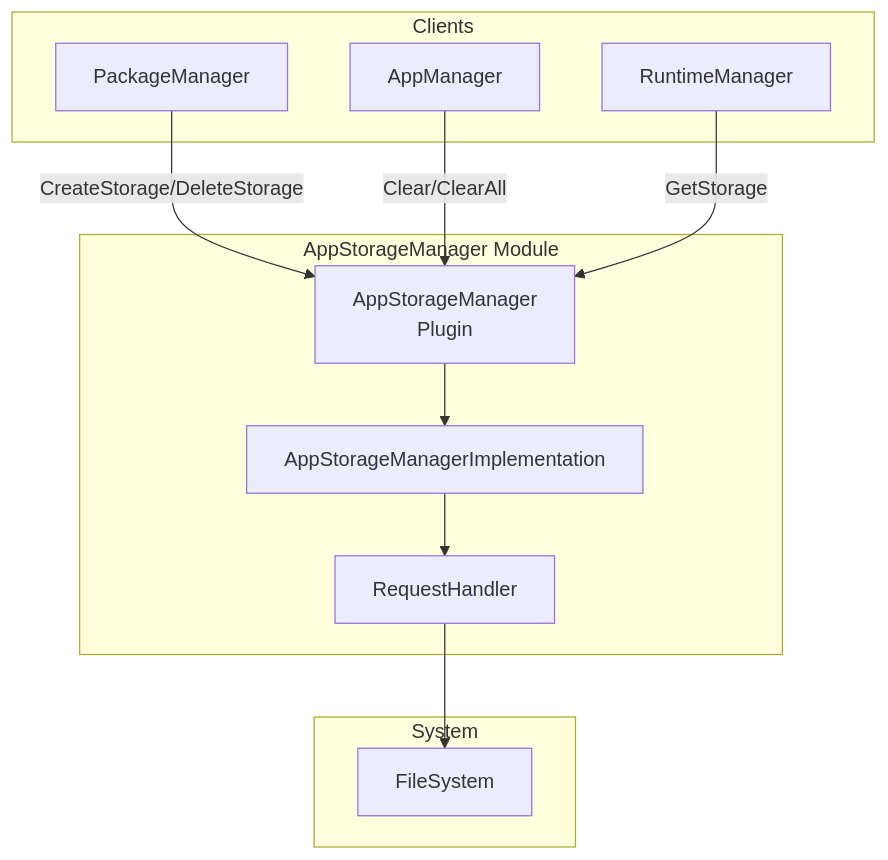
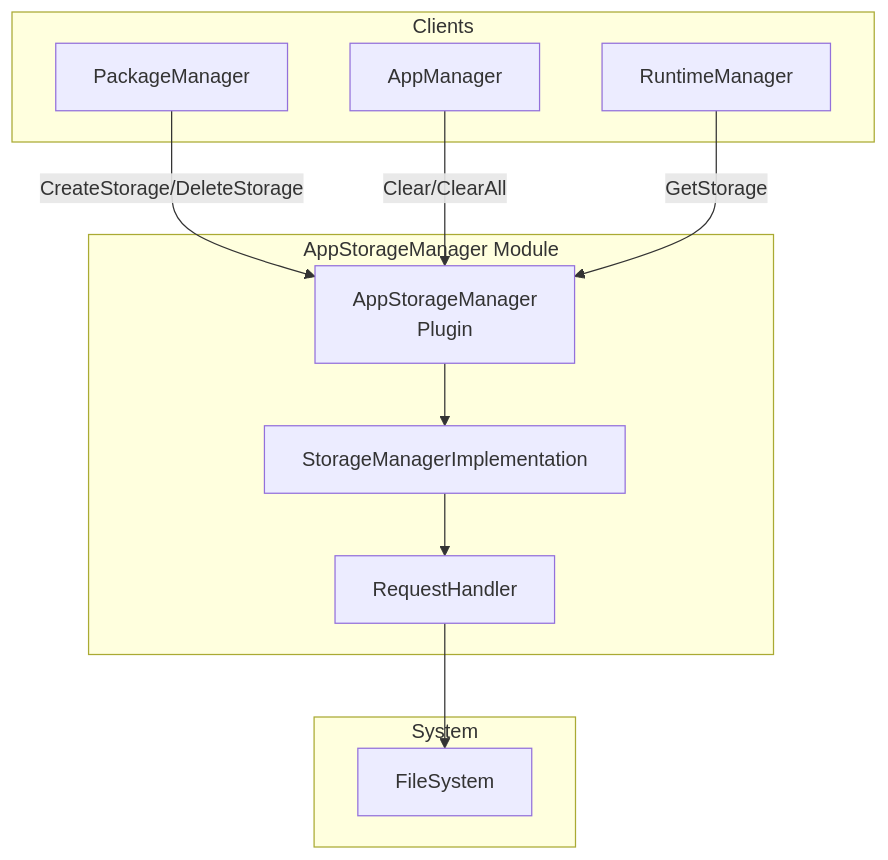
Before and after one commit to rdkcentral/entservices-appmanagers: the first of 4 diagrams in AppStorageManager/AppStorageManager.md, drawn with Mermaid. The commit also changed other lines of this file, not shown here.

````diff
--- a/AppStorageManager/AppStorageManager.md
+++ b/AppStorageManager/AppStorageManager.md
@@ -25,25 +25,25 @@
 ```mermaid
 graph TB
     subgraph "AppStorageManager Module"
         ASM[AppStorageManager<br/>Plugin]
-        ASMI[AppStorageManagerImplementation]
+        ASMI[StorageManagerImplementation]
         RH[RequestHandler]
     end
 
     subgraph "Clients"
         PM[PackageManager]
         AM[AppManager]
         RTM[RuntimeManager]
     end
 
     subgraph "System"
         FS[FileSystem]
     end
 
     PM -->|CreateStorage/DeleteStorage| ASM
     AM -->|Clear/ClearAll| ASM
     RTM -->|GetStorage| ASM
     ASM --> ASMI
     ASMI --> RH
     RH --> FS
 ```
````
